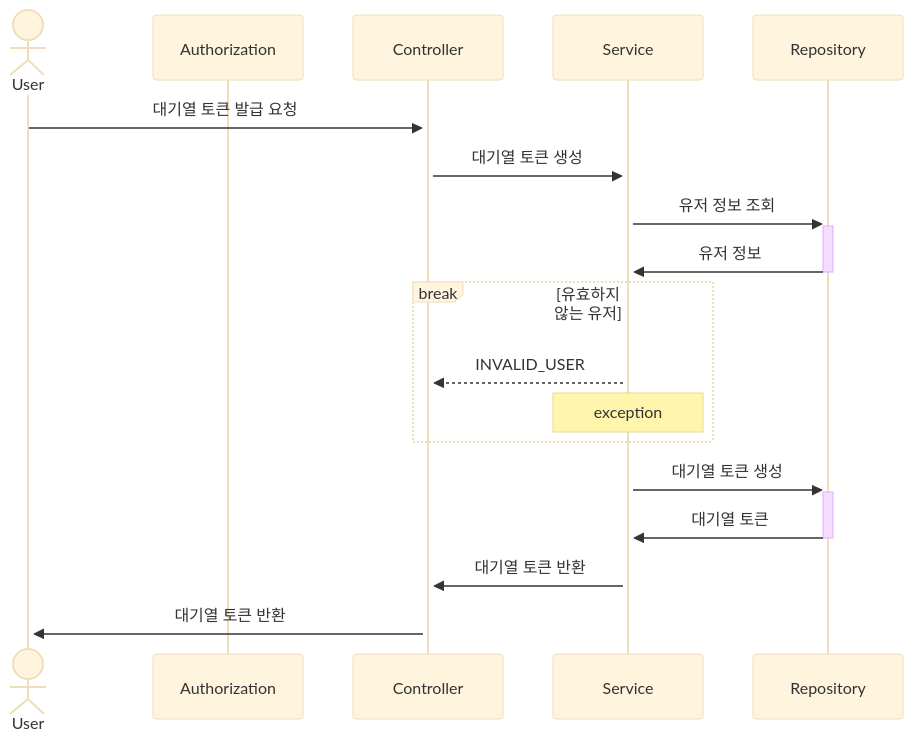
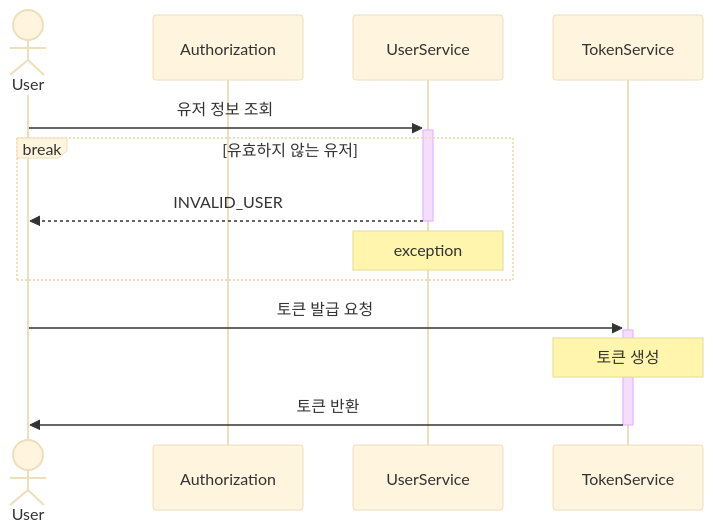
The first of 10 diagrams in README.md (adiospain/hhplus-concert-reservation-service-java), drawn with Mermaid (base theme) before and after one commit. The commit also changed other lines of this file and 1 other file, not shown here.

Commit message:
DOCS : README.md 파일 시퀀스다이어그램 수정

````diff
--- a/README.md
+++ b/README.md
@@ -31,24 +33,15 @@
-  ```mermaid
+```mermaid
 sequenceDiagram
     actor User
     participant Authorization
-    participant Controller
-    participant Service
-    participant Repository
-    User ->>+ Controller: 대기열 토큰 발급 요청
-
-	participant Controller
-	participant Repository
-    Controller ->>+ Service: 대기열 토큰 생성
-	Service ->>+ Repository: 유저 정보 조회
-	Repository ->>- Service: 유저 정보
-	break 유효하지 않는 유저
-	    Service -->> Controller: INVALID_USER
-        note over Service: exception
-    end
-
-	Service ->>+ Repository: 대기열 토큰 생성
-	Repository ->>- Service: 대기열 토큰
-	Service ->>+ Controller: 대기열 토큰 반환
-	Controller ->>+ User: 대기열 토큰 반환
+    participant UserService
+    participant TokenService
+  User ->>+ UserService: 유저 정보 조회
+  break 유효하지 않는 유저
+    UserService -->>- User: INVALID_USER
+    note over UserService: exception
+  end
+    User ->>+ TokenService: 토큰 발급 요청
+  note over TokenService: 토큰 생성
+    TokenService ->>- User: 토큰 반환
 ```
````
